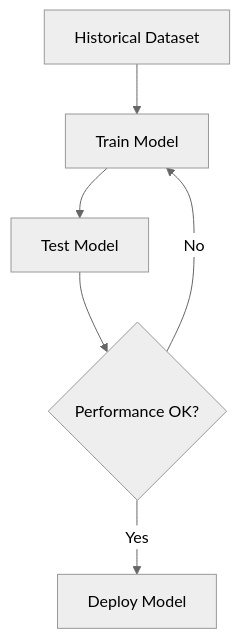
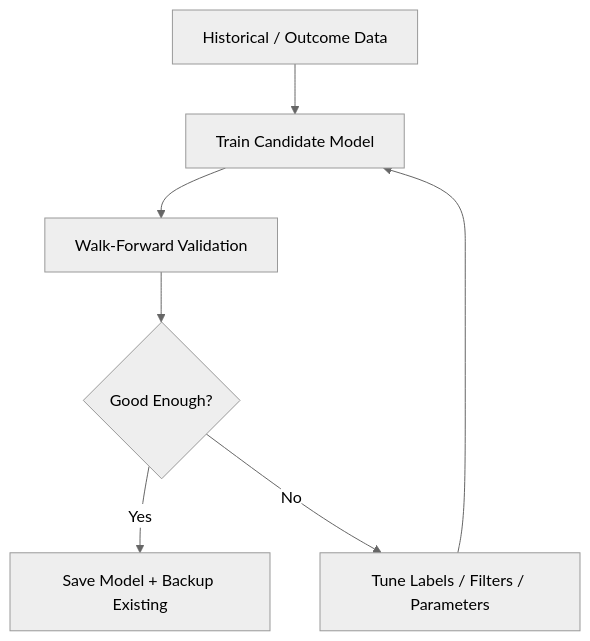
Before and after one commit to aaryansinha16/AI-trader: the fourth of 12 diagrams in docs/Flow diagrams and designs.md, drawn with Mermaid (neutral theme). The commit also changed other lines of this file, not shown here.

Commit message:
update: flow diagrams of current system

````diff
--- a/docs/Flow diagrams and designs.md
+++ b/docs/Flow diagrams and designs.md
@@ -132,13 +134,11 @@
 ```mermaid
 flowchart TD
 
-A[Historical Dataset] --> B[Train Model]
+A["Historical / Outcome Data"] --> B["Train Candidate Model"]
+B --> C["Walk-Forward Validation"]
+C --> D{"Good Enough?"}
 
-B --> C[Test Model]
-
-C --> D{Performance OK?}
-
-D -- Yes --> E[Deploy Model]
-
-D -- No --> B
+D -- "Yes" --> E["Save Model + Backup Existing"]
+D -- "No" --> F["Tune Labels / Filters / Parameters"]
+F --> B
 ```
````
